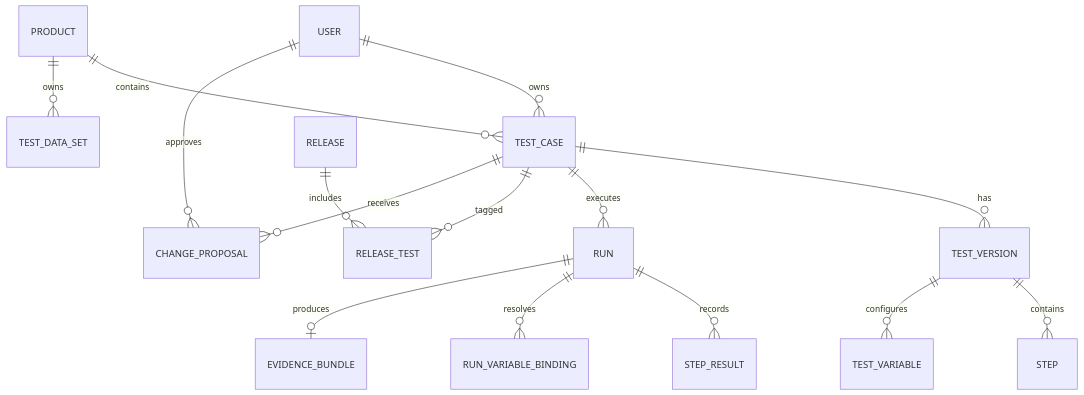
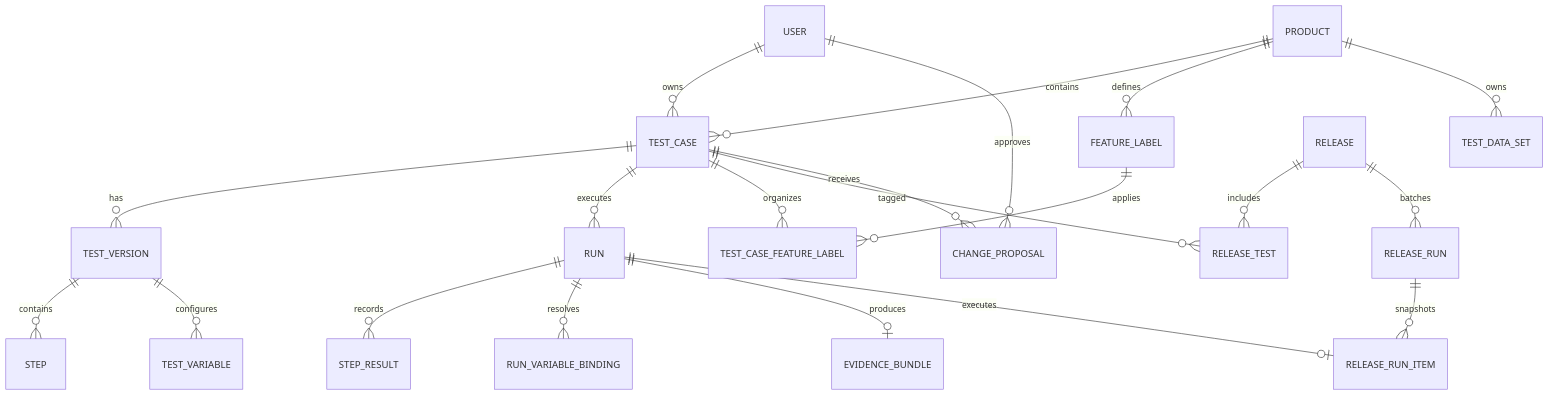
The second of 2 diagrams in architecture.md (Devilcoder2/testing-agent-project), drawn with Mermaid before and after one commit. The commit also changed other lines of this file, not shown here.

Commit message:
docs: describe phase 5 release architecture

````diff
--- a/architecture.md
+++ b/architecture.md
@@ -74,17 +76,23 @@
 ```mermaid
 erDiagram
     USER ||--o{ TEST_CASE : owns
     PRODUCT ||--o{ TEST_CASE : contains
     TEST_CASE ||--o{ TEST_VERSION : has
     TEST_VERSION ||--o{ STEP : contains
     TEST_CASE ||--o{ RUN : executes
     TEST_VERSION ||--o{ TEST_VARIABLE : configures
+    PRODUCT ||--o{ FEATURE_LABEL : defines
+    TEST_CASE ||--o{ TEST_CASE_FEATURE_LABEL : organizes
+    FEATURE_LABEL ||--o{ TEST_CASE_FEATURE_LABEL : applies
     PRODUCT ||--o{ TEST_DATA_SET : owns
     RUN ||--o{ STEP_RESULT : records
     RUN ||--o{ RUN_VARIABLE_BINDING : resolves
     RUN ||--o| EVIDENCE_BUNDLE : produces
     RELEASE ||--o{ RELEASE_TEST : includes
     TEST_CASE ||--o{ RELEASE_TEST : tagged
+    RELEASE ||--o{ RELEASE_RUN : batches
+    RELEASE_RUN ||--o{ RELEASE_RUN_ITEM : snapshots
+    RUN ||--o| RELEASE_RUN_ITEM : executes
     TEST_CASE ||--o{ CHANGE_PROPOSAL : receives
     USER ||--o{ CHANGE_PROPOSAL : approves
 ```
````
